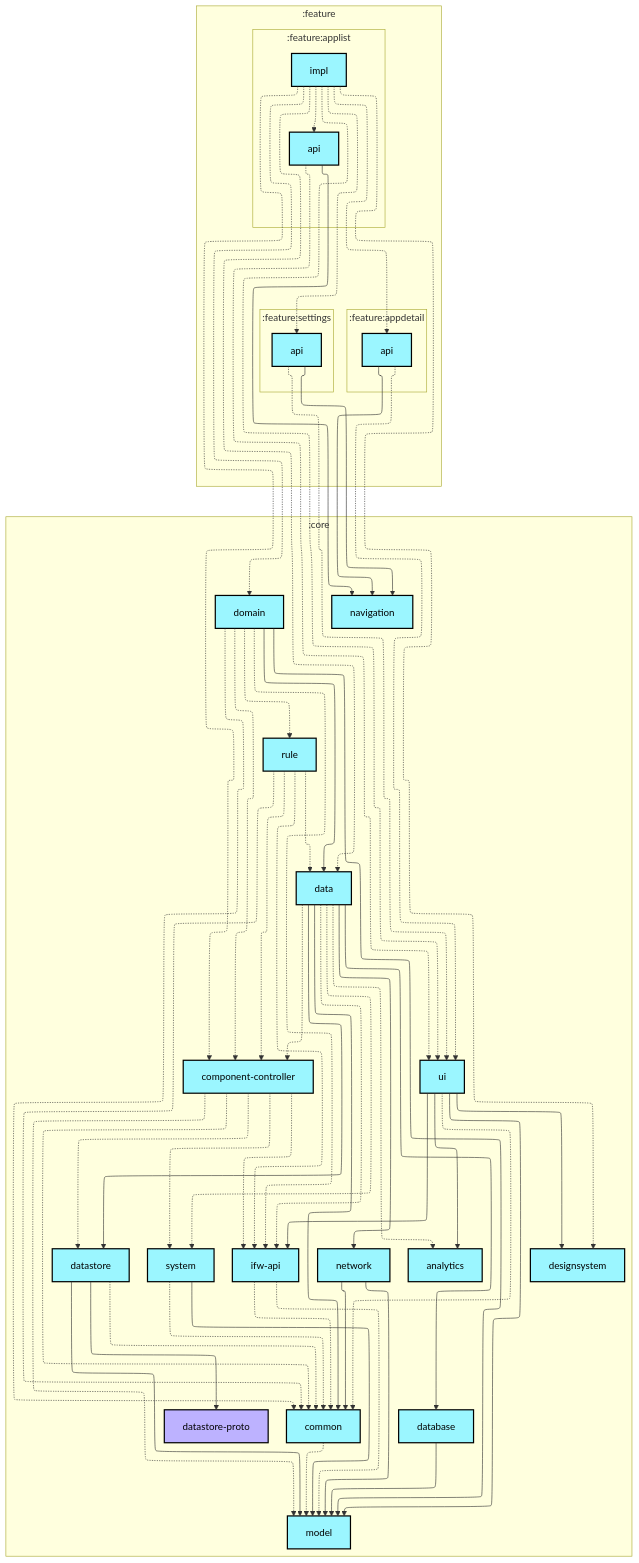
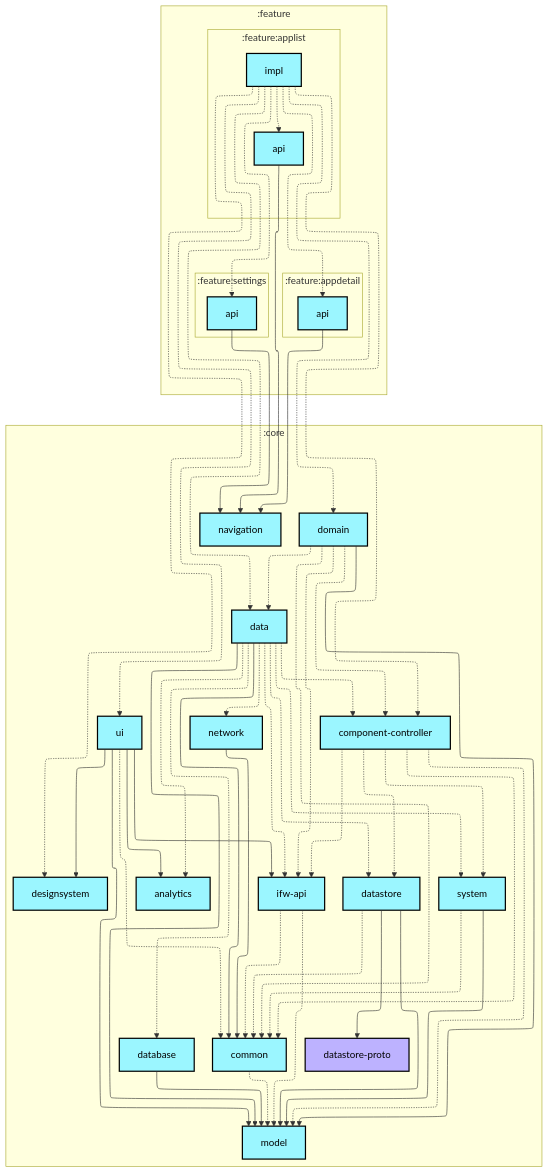
The first of 2 diagrams in feature/applist/impl/README.md (lihenggui/blocker), drawn with Mermaid before and after one commit. The commit also changed 29 other files, not shown here.

First line of the commit message:
Update module dependency graphs after boundary cleanup

```diff
--- a/feature/applist/impl/README.md
+++ b/feature/applist/impl/README.md
@@ -42,7 +42,6 @@
     :core:model[model]:::android-library
     :core:navigation[navigation]:::android-library
     :core:network[network]:::android-library
-    :core:rule[rule]:::android-library
     :core:system[system]:::android-library
     :core:ui[ui]:::android-library
   end
@@ -56,10 +55,11 @@
   :core:data -.-> :core:analytics
   :core:data --> :core:common
   :core:data -.-> :core:component-controller
-  :core:data --> :core:database
-  :core:data --> :core:datastore
+  :core:data -.-> :core:database
+  :core:data -.-> :core:datastore
   :core:data -.-> :core:ifw-api
-  :core:data --> :core:network
+  :core:data --> :core:model
+  :core:data -.-> :core:network
   :core:data -.-> :core:system
   :core:database --> :core:model
   :core:datastore -.-> :core:common
@@ -67,18 +67,12 @@
   :core:datastore --> :core:model
   :core:domain -.-> :core:common
   :core:domain -.-> :core:component-controller
-  :core:domain --> :core:data
+  :core:domain -.-> :core:data
   :core:domain -.-> :core:ifw-api
   :core:domain --> :core:model
-  :core:domain -.-> :core:rule
   :core:ifw-api -.-> :core:common
   :core:ifw-api -.-> :core:model
   :core:network --> :core:common
-  :core:network --> :core:model
-  :core:rule -.-> :core:common
-  :core:rule -.-> :core:component-controller
-  :core:rule -.-> :core:data
-  :core:rule -.-> :core:ifw-api
   :core:system -.-> :core:common
   :core:system --> :core:model
   :core:ui --> :core:analytics
@@ -87,9 +81,7 @@
   :core:ui --> :core:ifw-api
   :core:ui --> :core:model
   :feature:appdetail:api --> :core:navigation
-  :feature:appdetail:api -.-> :core:ui
   :feature:applist:api --> :core:navigation
-  :feature:applist:api -.-> :core:ui
   :feature:applist:impl -.-> :core:component-controller
   :feature:applist:impl -.-> :core:data
   :feature:applist:impl -.-> :core:designsystem
@@ -99,7 +91,6 @@
   :feature:applist:impl -.-> :feature:applist:api
   :feature:applist:impl -.-> :feature:settings:api
   :feature:settings:api --> :core:navigation
-  :feature:settings:api -.-> :core:ui
 
 classDef android-application fill:#CAFFBF,stroke:#000,stroke-width:2px,color:#000;
 classDef android-feature fill:#FFD6A5,stroke:#000,stroke-width:2px,color:#000;
```
